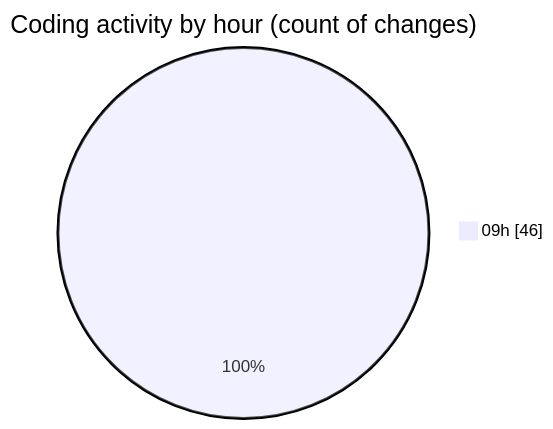
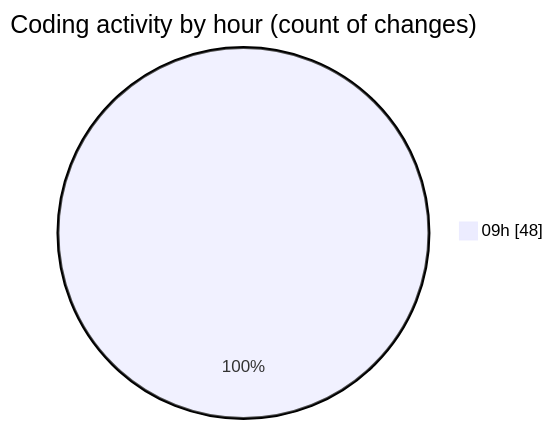
The second of 2 diagrams in 2026-08-10/cda/README.md (momahboobian/code-tracking), drawn with Mermaid before and after one commit. The commit also changed other lines of this file and 1 other file, not shown here.

````diff
--- a/2026-08-10/cda/README.md
+++ b/2026-08-10/cda/README.md
@@ -32,5 +32,5 @@
 ```mermaid
 pie showData
 title Coding activity by hour (count of changes)
-"09h" : 46
+"09h" : 48
 ```
````
